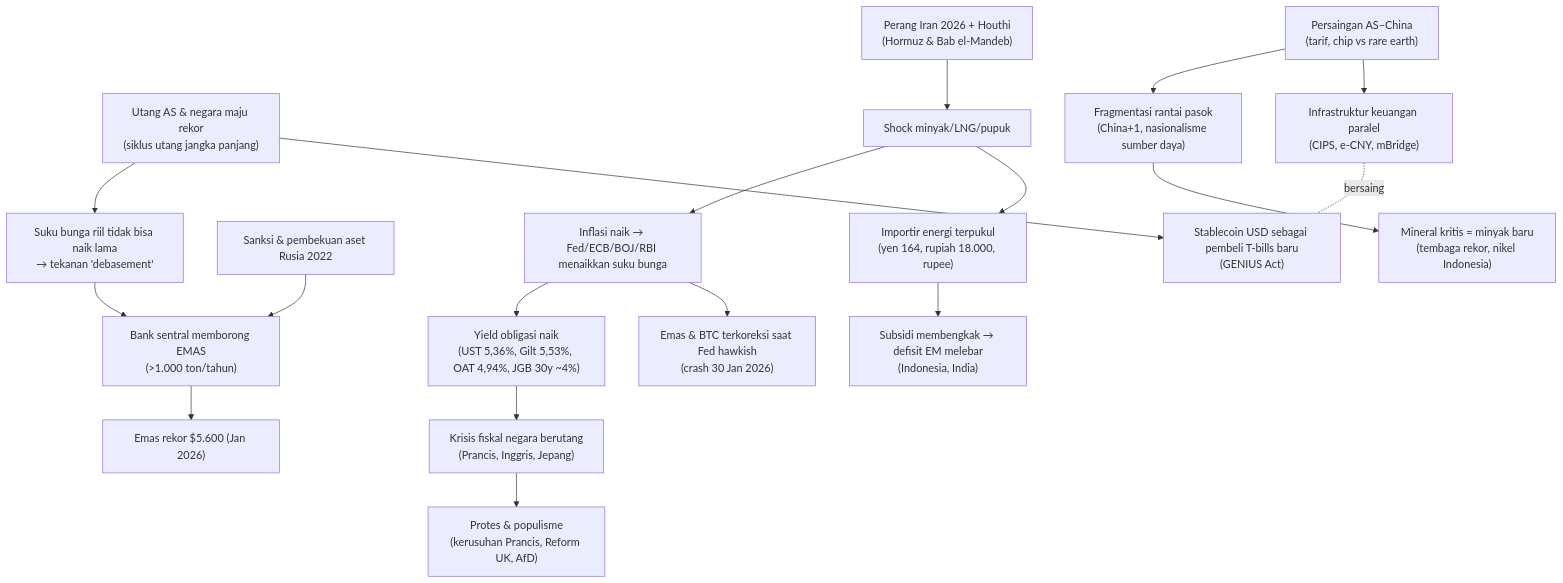
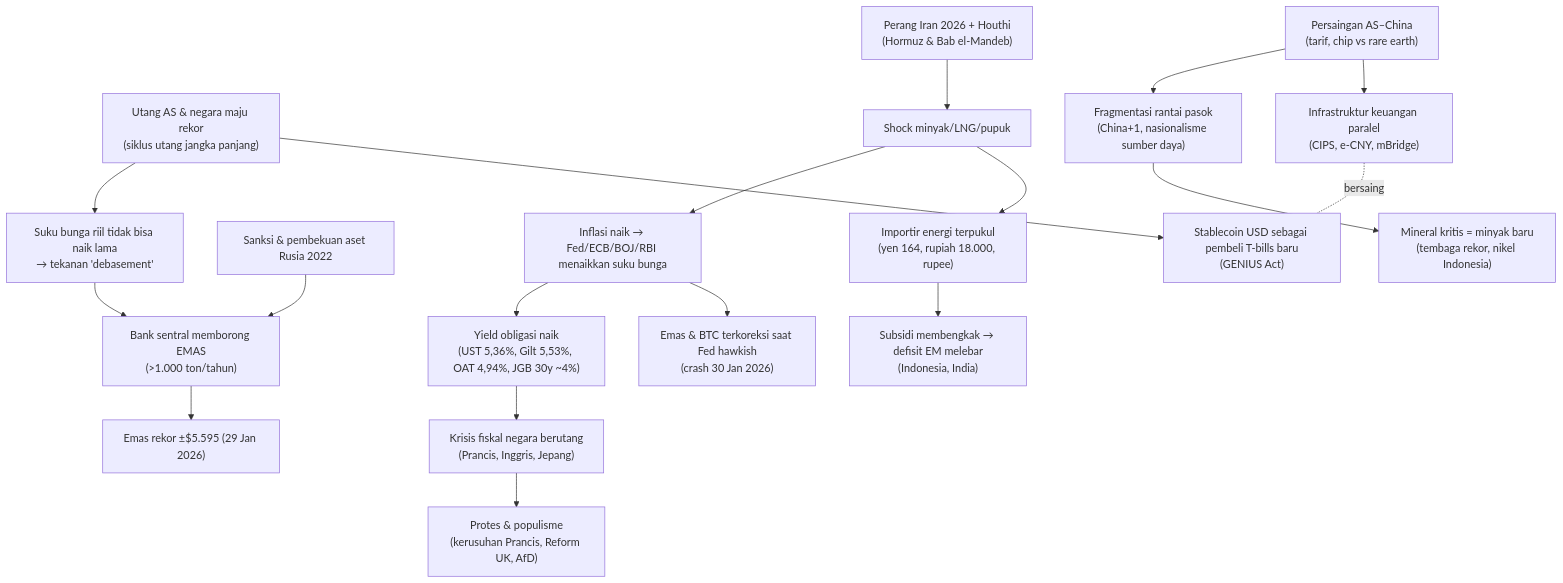
Before and after one commit to satebabicuy01-code/Deep-Research-skills: the diagram in riset-tatanan-dunia/00-kerangka/sintesis-tatanan-dunia.md, drawn with Mermaid. The commit also changed other lines of this file and 9 other files, not shown here.

````diff
--- a/riset-tatanan-dunia/00-kerangka/sintesis-tatanan-dunia.md
+++ b/riset-tatanan-dunia/00-kerangka/sintesis-tatanan-dunia.md
@@ -14,20 +14,20 @@
 ```mermaid
 flowchart TD
     A["Utang AS & negara maju rekor<br/>(siklus utang jangka panjang)"] --> B["Suku bunga riil tidak bisa naik lama<br/>→ tekanan 'debasement'"]
     C["Sanksi & pembekuan aset Rusia 2022"] --> D["Bank sentral memborong EMAS<br/>(>1.000 ton/tahun)"]
     B --> D
     E["Persaingan AS–China<br/>(tarif, chip vs rare earth)"] --> F["Fragmentasi rantai pasok<br/>(China+1, nasionalisme sumber daya)"]
     G["Perang Iran 2026 + Houthi<br/>(Hormuz & Bab el-Mandeb)"] --> H["Shock minyak/LNG/pupuk"]
     H --> I["Inflasi naik → Fed/ECB/BOJ/RBI menaikkan suku bunga"]
     I --> J["Yield obligasi naik<br/>(UST 5,36%, Gilt 5,53%, OAT 4,94%, JGB 30y ~4%)"]
     J --> K["Krisis fiskal negara berutang<br/>(Prancis, Inggris, Jepang)"]
     K --> L["Protes & populisme<br/>(kerusuhan Prancis, Reform UK, AfD)"]
     H --> M["Importir energi terpukul<br/>(yen 164, rupiah 18.000, rupee)"]
     M --> N["Subsidi membengkak → defisit EM melebar<br/>(Indonesia, India)"]
-    D --> O["Emas rekor $5.600 (Jan 2026)"]
+    D --> O["Emas rekor ±$5.595 (29 Jan 2026)"]
     I --> P["Emas & BTC terkoreksi saat Fed hawkish<br/>(crash 30 Jan 2026)"]
     F --> Q["Mineral kritis = minyak baru<br/>(tembaga rekor, nikel Indonesia)"]
     E --> R["Infrastruktur keuangan paralel<br/>(CIPS, e-CNY, mBridge)"]
     A --> S["Stablecoin USD sebagai pembeli T-bills baru<br/>(GENIUS Act)"]
     R -.bersaing.- S
 ```
````
